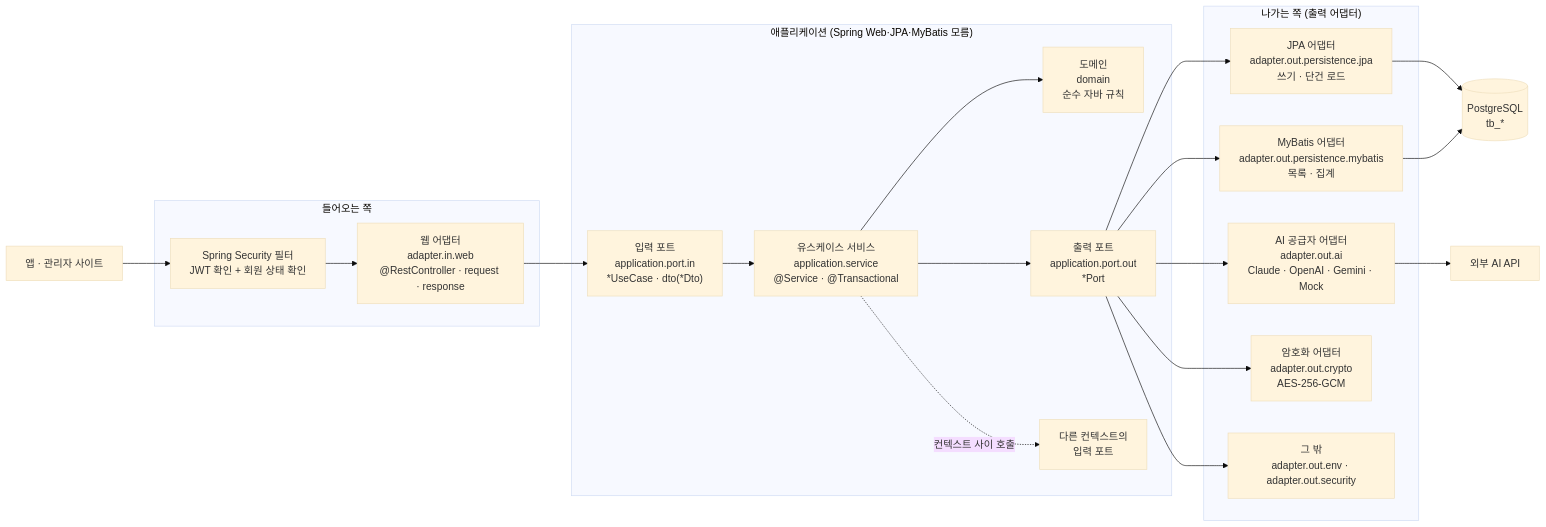
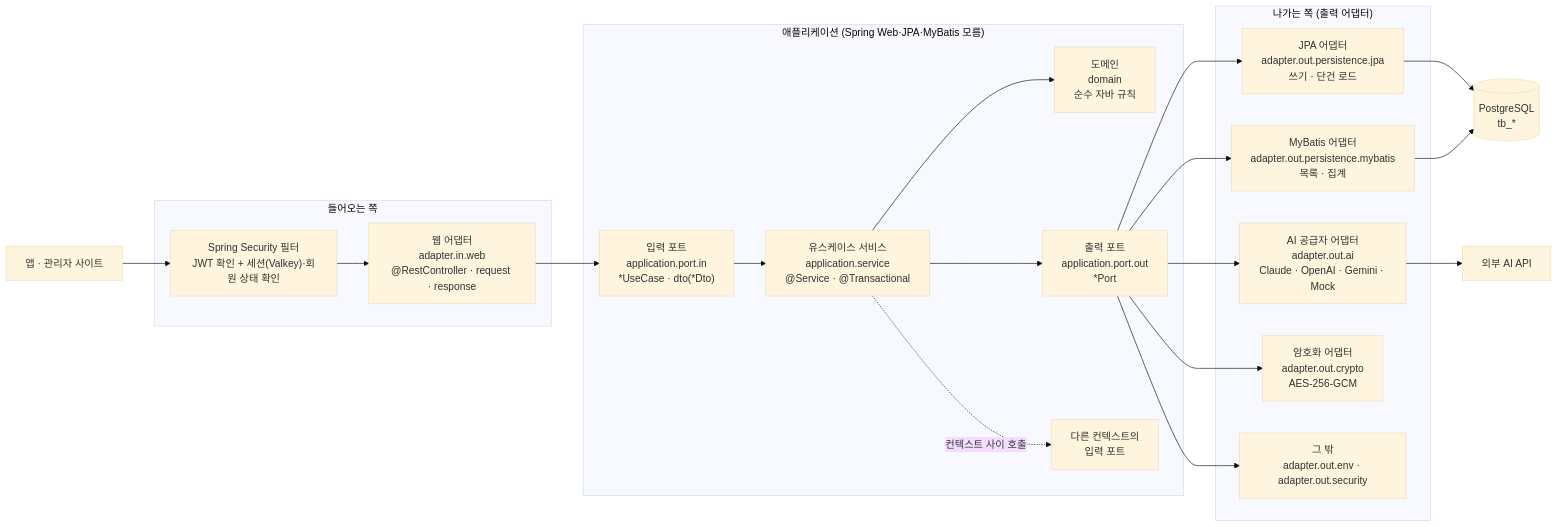
Before and after one commit to showzone83/wearly: the first of 12 diagrams in doc/10_백엔드_흐름.md, drawn with Mermaid (base theme). The commit also changed other lines of this file and 95 other files, not shown here.

````diff
--- a/doc/10_백엔드_흐름.md
+++ b/doc/10_백엔드_흐름.md
@@ -14,38 +14,38 @@
 ```mermaid
 flowchart LR
   Client["앱 · 관리자 사이트"]
 
   subgraph IN["들어오는 쪽"]
-    Filter["Spring Security 필터<br/>JWT 확인 + 회원 상태 확인"]
+    Filter["Spring Security 필터<br/>JWT 확인 + 세션(Valkey)·회원 상태 확인"]
     Web["웹 어댑터<br/>adapter.in.web<br/>@RestController · request · response"]
   end
 
   subgraph APP["애플리케이션 (Spring Web·JPA·MyBatis 모름)"]
     PortIn["입력 포트<br/>application.port.in<br/>*UseCase · dto(*Dto)"]
     Service["유스케이스 서비스<br/>application.service<br/>@Service · @Transactional"]
     Domain["도메인<br/>domain<br/>순수 자바 규칙"]
     PortOut["출력 포트<br/>application.port.out<br/>*Port"]
     Other["다른 컨텍스트의<br/>입력 포트"]
   end
 
   subgraph OUT["나가는 쪽 (출력 어댑터)"]
     Jpa["JPA 어댑터<br/>adapter.out.persistence.jpa<br/>쓰기 · 단건 로드"]
     MyBatis["MyBatis 어댑터<br/>adapter.out.persistence.mybatis<br/>목록 · 집계"]
     Ai["AI 공급자 어댑터<br/>adapter.out.ai<br/>Claude · OpenAI · Gemini · Mock"]
     Crypto["암호화 어댑터<br/>adapter.out.crypto<br/>AES-256-GCM"]
     Etc["그 밖<br/>adapter.out.env · adapter.out.security"]
   end
 
   DB[("PostgreSQL<br/>tb_*")]
   Ext["외부 AI API"]
 
   Client --> Filter --> Web --> PortIn --> Service
   Service --> Domain
   Service --> PortOut
   Service -. "컨텍스트 사이 호출" .-> Other
   PortOut --> Jpa --> DB
   PortOut --> MyBatis --> DB
   PortOut --> Ai --> Ext
   PortOut --> Crypto
   PortOut --> Etc
 ```
````
